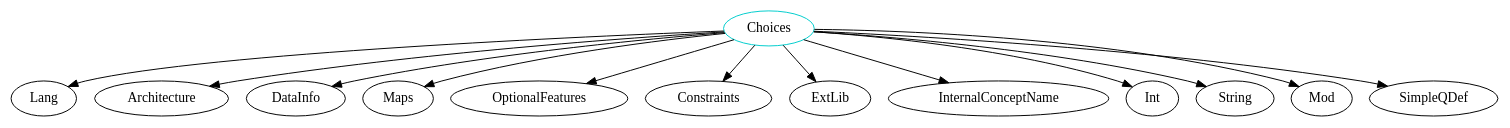
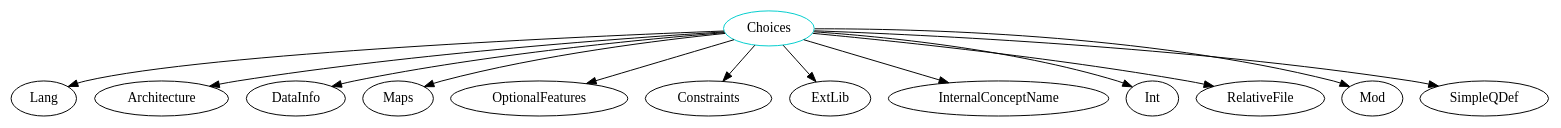
Before and after one commit to JacquesCarette/Drasil: the diagram in analysis/TypeDependencyGraphs/code/Choices.dot, drawn with Graphviz. The commit also changed 818 other files, not shown here.

```diff
--- a/analysis/TypeDependencyGraphs/code/Choices.dot
+++ b/analysis/TypeDependencyGraphs/code/Choices.dot
@@ -1,15 +1,15 @@
 digraph choices{
 Choices	[shape=oval, color=cyan3, label="Choices"];
 Choices -> Lang;
 Choices -> Architecture;
 Choices -> DataInfo;
 Choices -> Maps;
 Choices -> OptionalFeatures;
 Choices -> Constraints;
 Choices -> ExtLib;
 Choices -> InternalConceptName;
 Choices -> Int;
-Choices -> String;
+Choices -> RelativeFile;
 Choices -> Mod;
 Choices -> SimpleQDef;
 }
```
